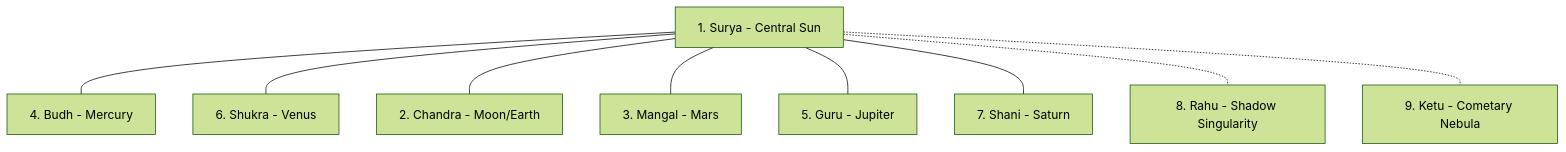
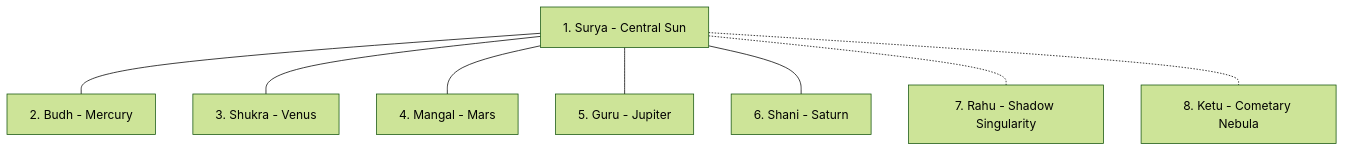
The diagram in docs/design/CELESTIAL_DESIGN_GUIDE.md (Rudra130/rudra-portfolio), drawn with Mermaid (forest theme) before and after one commit. The commit also changed other lines of this file and 18 other files, not shown here.

Commit message:
docs: synchronize README, architecture, design, and roadmap with current 8-world Keplerian solar system

````diff
--- a/docs/design/CELESTIAL_DESIGN_GUIDE.md
+++ b/docs/design/CELESTIAL_DESIGN_GUIDE.md
@@ -13,11 +13,10 @@
 ```mermaid
 graph TD
-    Surya[1. Surya - Central Sun] --- Budh[4. Budh - Mercury]
-    Surya --- Shukra[6. Shukra - Venus]
-    Surya --- Chandra[2. Chandra - Moon/Earth]
-    Surya --- Mangal[3. Mangal - Mars]
+    Surya[1. Surya - Central Sun] --- Budh[2. Budh - Mercury]
+    Surya --- Shukra[3. Shukra - Venus]
+    Surya --- Mangal[4. Mangal - Mars]
     Surya --- Guru[5. Guru - Jupiter]
-    Surya --- Shani[7. Shani - Saturn]
-    Surya -.- Rahu[8. Rahu - Shadow Singularity]
-    Surya -.- Ketu[9. Ketu - Cometary Nebula]
+    Surya --- Shani[6. Shani - Saturn]
+    Surya -.- Rahu[7. Rahu - Shadow Singularity]
+    Surya -.- Ketu[8. Ketu - Cometary Nebula]
 ```
````
